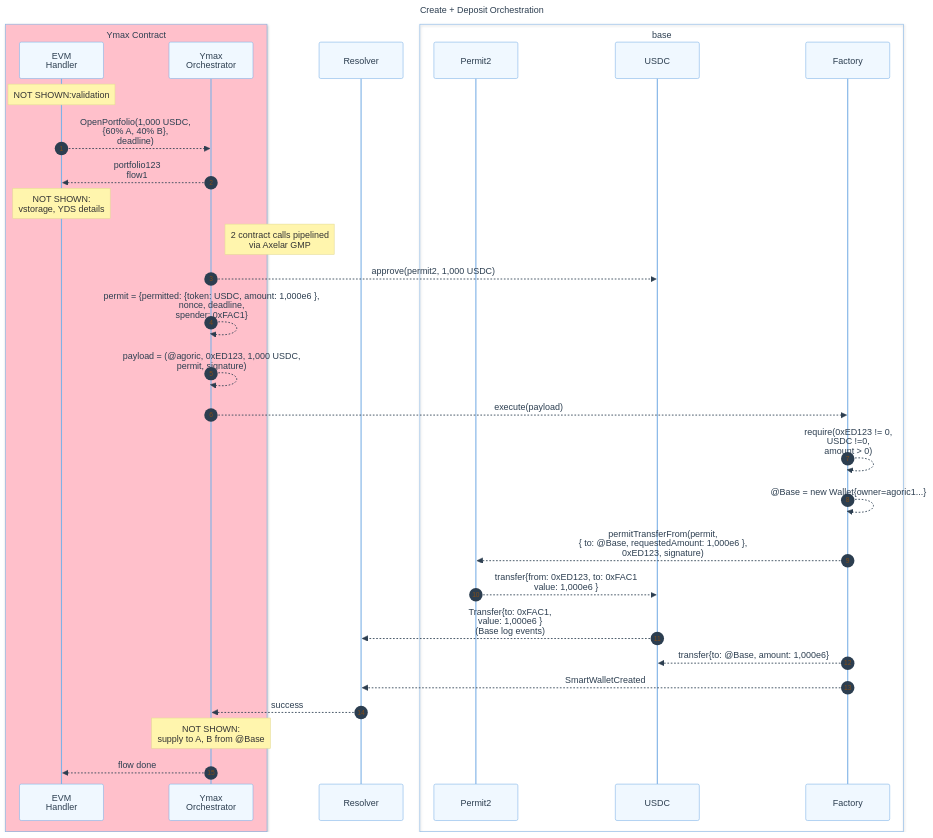
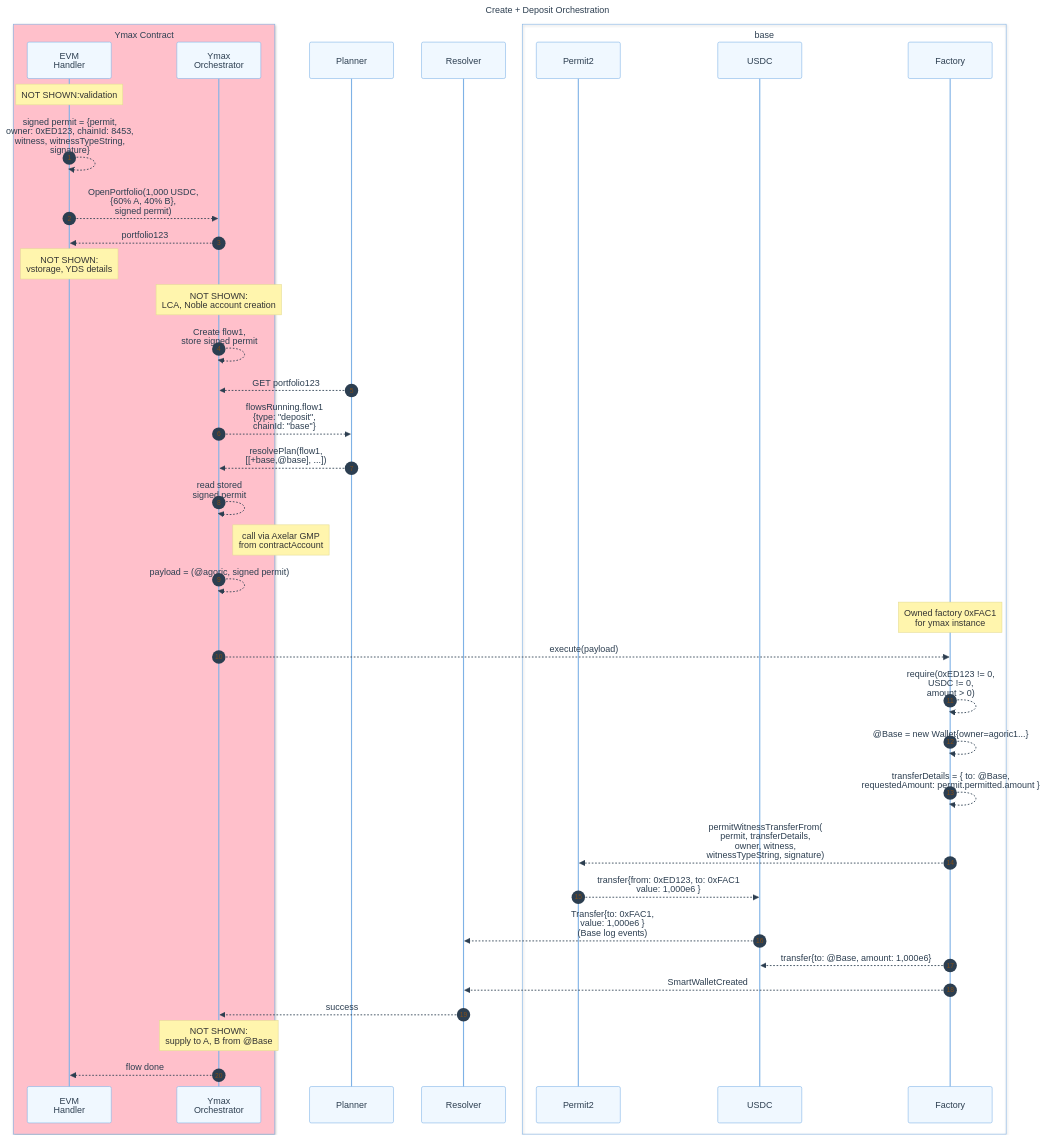
The seventh of 7 diagrams in packages/portfolio-contract/docs-design/evm-wallet.md (Agoric/agoric-sdk), drawn with Mermaid before and after one commit. The commit also changed other lines of this file, not shown here.

Commit message:
docs: update evm permit2, create+deposit

````diff
--- a/packages/portfolio-contract/docs-design/evm-wallet.md
+++ b/packages/portfolio-contract/docs-design/evm-wallet.md
@@ -285,52 +369,61 @@
 ```mermaid
 
 %%{init: {
   'theme': 'base',
   'themeVariables': {
     'primaryColor': '#f0f8ff',
     'primaryTextColor': '#2c3e50',
     'primaryBorderColor': '#7fb2e6',
     'lineColor': '#7fb2e6',
     'secondaryColor': '#f6f8fa',
     'tertiaryColor': '#fff5e6'
   }
 }}%%
 sequenceDiagram
   title Create + Deposit Orchestration
   autonumber
   box Pink Ymax Contract
     participant EMH as EVM<br/>Handler
     participant YC as Ymax<br/>Orchestrator
   end
+  participant P as Planner
   participant R as Resolver
-
-  %% Notation: ->> for initial message, -->> for consequences
-
-  Note over EMH: NOT SHOWN:validation
-
-  EMH -->> YC: OpenPortfolio(1,000 USDC,<br/>{60% A, 40% B},<br/>deadline)
-  YC -->> EMH: portfolio123<br/>flow1
-  note over EMH: NOT SHOWN:<br/>vstorage, YDS details
-
   box base
     participant P2 as Permit2
     participant USDC as USDC
     participant F as Factory
   end
 
-  note right of YC: 2 contract calls pipelined<br/>via Axelar GMP
-  YC-->>USDC: approve(permit2, 1,000 USDC)
-  YC-->>YC: permit = {permitted: {token: USDC, amount: 1,000e6 },<br/>nonce, deadline,<br/>spender: 0xFAC1}
-  YC-->>YC: payload = (@agoric, 0xED123, 1,000 USDC,<br/>permit, signature)
+  %% Notation: ->> for initial message, -->> for consequences
+
+  Note over EMH: NOT SHOWN:validation
+
+  EMH -->> EMH: signed permit = {permit,<br/>owner: 0xED123, chainId: 8453,<br/>witness, witnessTypeString,<br/>signature}
+  EMH -->> YC: OpenPortfolio(1,000 USDC,<br/>{60% A, 40% B},<br/>signed permit)
+  YC -->> EMH: portfolio123
+  note over EMH: NOT SHOWN:<br/>vstorage, YDS details
+
+  note over YC: NOT SHOWN:<br/>LCA, Noble account creation
+  YC -->> YC: Create flow1,<br/>store signed permit
+
+  P -->> YC: GET portfolio123
+  YC -->> P: flowsRunning.flow1<br/>{type: "deposit",<br/>chainId: "base"}
+  P -->> YC: resolvePlan(flow1,<br/>[[+base,@base], ...])
+  YC -->> YC: read stored<br/>signed permit
+
+  note right of YC: call via Axelar GMP<br/>from contractAccount
+  YC-->>YC: payload = (@agoric, signed permit)
+  note over F: Owned factory 0xFAC1<br/>for ymax instance
   YC-->>F: execute(payload)
-  F-->>F: require(0xED123 != 0,<br/>USDC !=0,<br/>amount > 0)
+  F-->>F: require(0xED123 != 0,<br/>USDC != 0,<br/>amount > 0)
   F-->>F: @Base = new Wallet{owner=agoric1...}
-  F-->>P2: permitTransferFrom(permit,<br/>{ to: @Base, requestedAmount: 1,000e6 },<br/>0xED123, signature)
+  F-->>F: transferDetails = { to: @Base,<br/>requestedAmount: permit.permitted.amount }
+  F-->>P2: permitWitnessTransferFrom(<br/>permit, transferDetails,<br/>owner, witness,<br/>witnessTypeString, signature)
   P2-->>USDC: transfer{from: 0xED123, to: 0xFAC1<br/>value: 1,000e6 }
   USDC-->>R: Transfer{to: 0xFAC1,<br/>value: 1,000e6 }<br/>(Base log events)
   F-->>USDC: transfer{to: @Base, amount: 1,000e6}
   F-->>R: SmartWalletCreated
   R -->> YC: success
   note over YC: NOT SHOWN:<br/>supply to A, B from @Base
   YC -->> EMH: flow done
 ```
````
